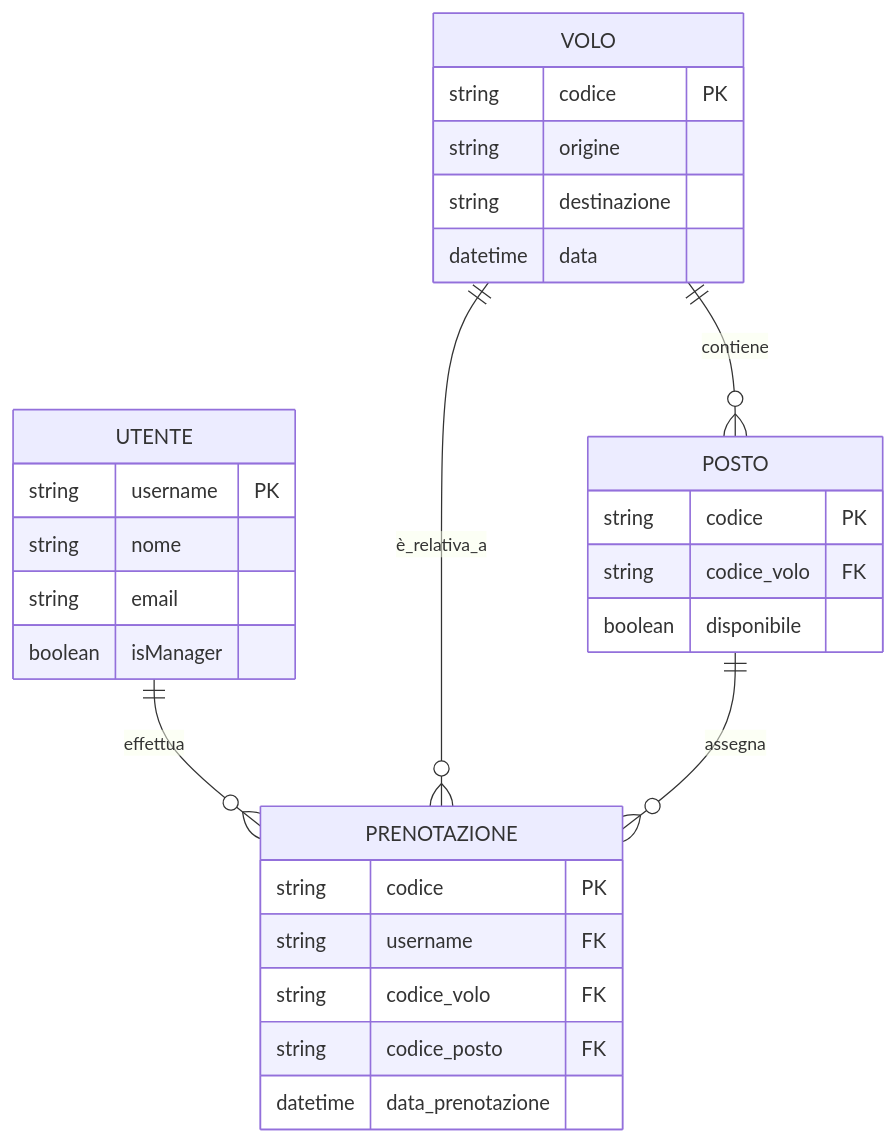
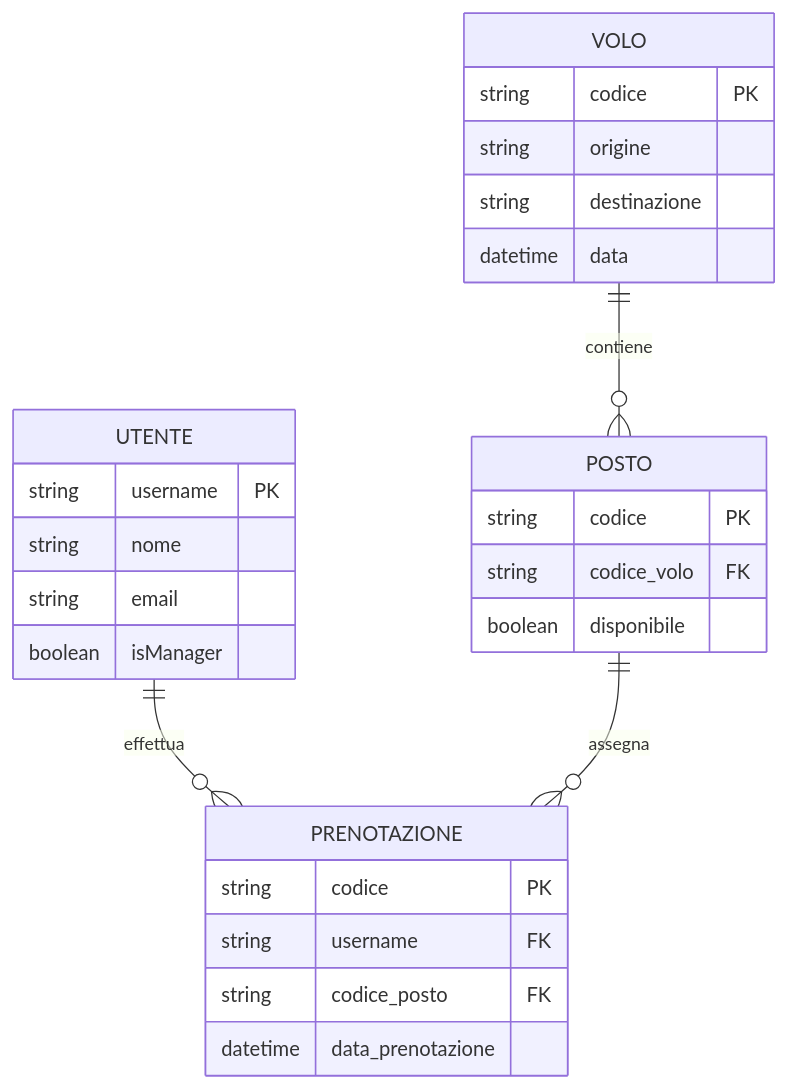
Before and after one commit to gaborando/asewds: the first of 2 diagrams in readme.md, drawn with Mermaid. The commit also changed other lines of this file, not shown here.

First line of the commit message:
Simplify and refactor README diagrams.

````diff
--- a/readme.md
+++ b/readme.md
@@ -25,35 +25,33 @@
 ```mermaid
 erDiagram
     UTENTE ||--o{ PRENOTAZIONE : effettua
     VOLO ||--o{ POSTO : contiene
-    VOLO ||--o{ PRENOTAZIONE : è_relativa_a
     POSTO ||--o{ PRENOTAZIONE : assegna
 
     UTENTE {
         string username PK
         string nome
         string email
         boolean isManager
     }
 
     VOLO {
         string codice PK
         string origine
         string destinazione
         datetime data
     }
 
     POSTO {
         string codice PK
         string codice_volo FK
         boolean disponibile
     }
 
     PRENOTAZIONE {
         string codice PK
         string username FK
-        string codice_volo FK
         string codice_posto FK
         datetime data_prenotazione
     }
 ```
````
